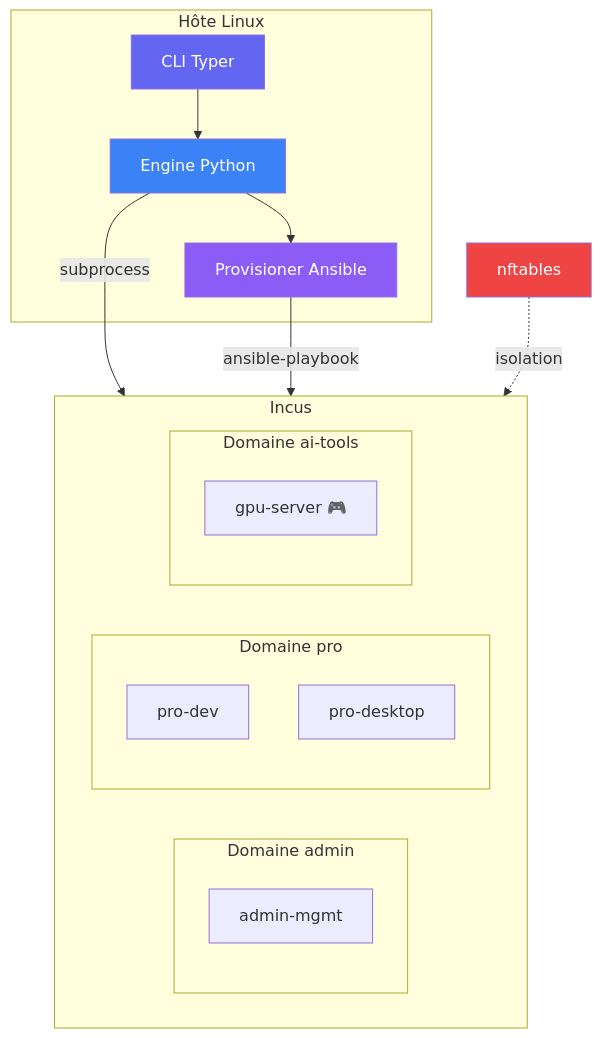
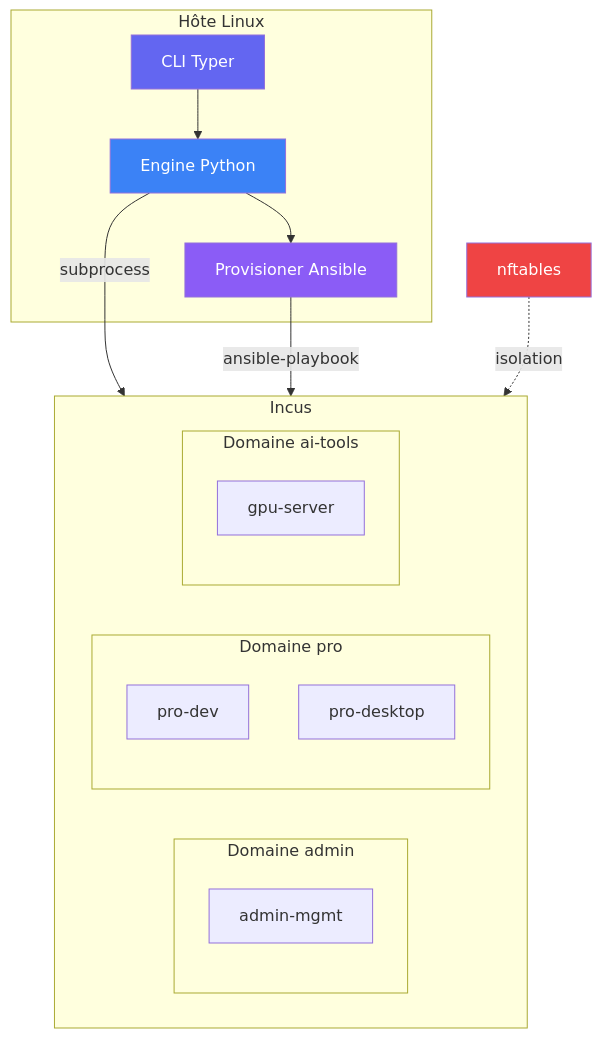
One commit to jmchantrein/AnKLuMe changed the second of 2 diagrams in docs/index.md. Above: the diagram before and after it, drawn with Mermaid. The commit also changed other lines of this file and 20 other files, not shown here.

````diff
--- a/docs/index.md
+++ b/docs/index.md
@@ -84,34 +133,34 @@
 ```mermaid
 graph TB
     subgraph Hôte Linux
         CLI[CLI Typer]
         Engine[Engine Python]
         Prov[Provisioner Ansible]
     end
 
     subgraph Incus
         subgraph "Domaine admin"
             A1[admin-mgmt]
         end
         subgraph "Domaine pro"
             P1[pro-dev]
             P2[pro-desktop]
         end
         subgraph "Domaine ai-tools"
-            AI1["gpu-server 🎮"]
+            AI1["gpu-server"]
         end
     end
 
     NFT[nftables]
 
     CLI --> Engine
     Engine -->|subprocess| Incus
     Engine --> Prov
     Prov -->|ansible-playbook| Incus
     NFT -.->|isolation| Incus
 
     style CLI fill:#6366f1,color:#fff
     style Engine fill:#3b82f6,color:#fff
     style Prov fill:#8b5cf6,color:#fff
     style NFT fill:#ef4444,color:#fff
 ```
````
